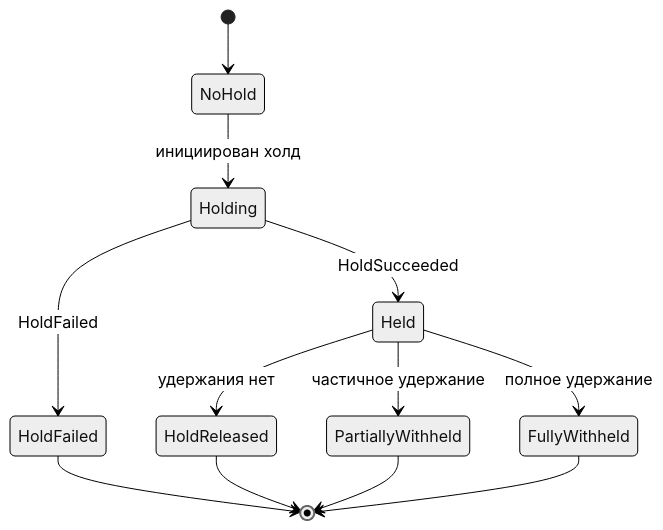
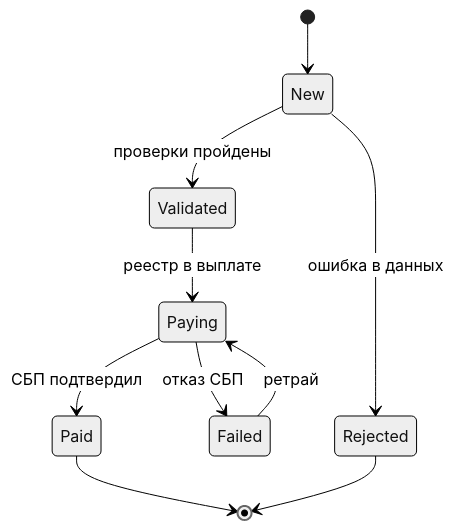
One commit to Antipindima1/722 changed the second of 4 diagrams in knowledge/02-business-rules.md. Above: the diagram before and after it, drawn with Mermaid (neutral theme). The commit also changed other lines of this file and 22 other files, not shown here.

````diff
--- a/knowledge/02-business-rules.md
+++ b/knowledge/02-business-rules.md
@@ -178,14 +106,12 @@
 ```mermaid
 stateDiagram-v2
-    [*] --> NoHold
-    NoHold --> Holding: инициирован холд
-    Holding --> Held: HoldSucceeded
-    Holding --> HoldFailed: HoldFailed
-    Held --> HoldReleased: удержания нет
-    Held --> PartiallyWithheld: частичное удержание
-    Held --> FullyWithheld: полное удержание
-    HoldFailed --> [*]
-    HoldReleased --> [*]
-    PartiallyWithheld --> [*]
-    FullyWithheld --> [*]
+    [*] --> New
+    New --> Validated: проверки пройдены
+    New --> Rejected: ошибка в данных
+    Validated --> Paying: реестр в выплате
+    Paying --> Paid: СБП подтвердил
+    Paying --> Failed: отказ СБП
+    Failed --> Paying: ретрай
+    Paid --> [*]
+    Rejected --> [*]
 ```
````
